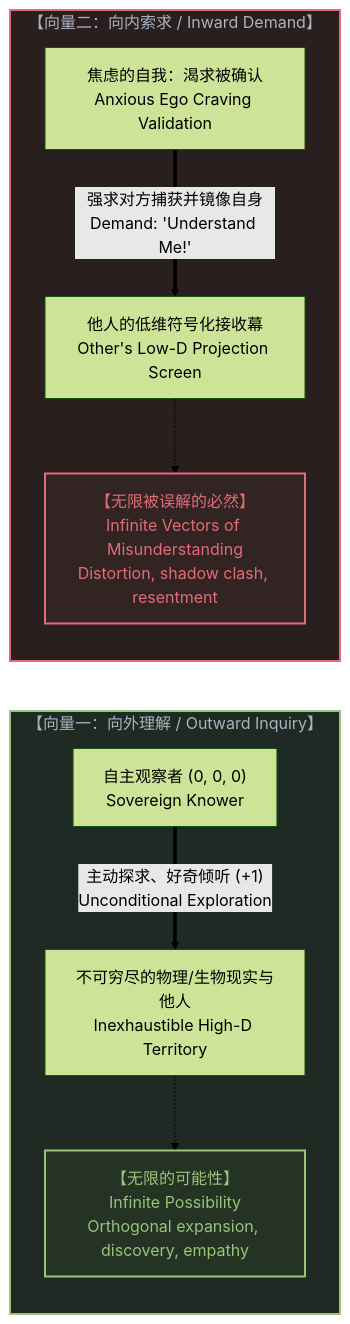
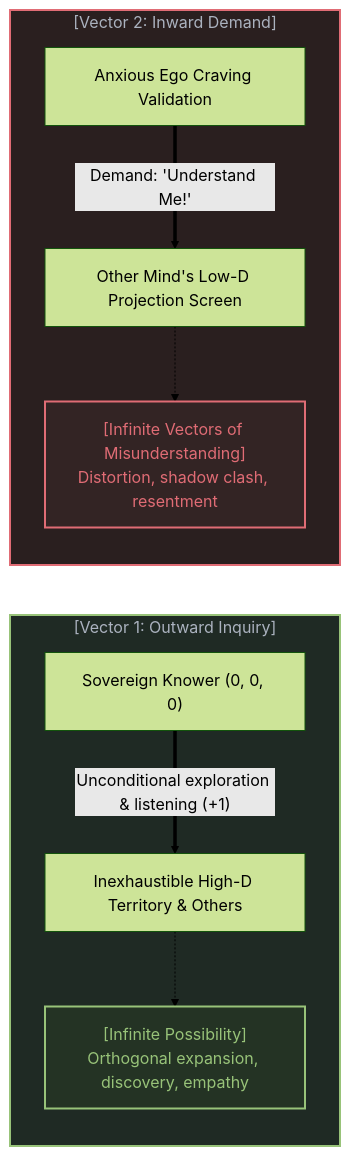
The second of 8 diagrams in content/posts/the-asymmetry-of-understanding.md (powerpig99/not-a-toe), drawn with Mermaid (forest theme) before and after one commit. The commit also changed other lines of this file and 7 other files, not shown here.

````diff
--- a/content/posts/the-asymmetry-of-understanding.md
+++ b/content/posts/the-asymmetry-of-understanding.md
@@ -16,23 +51,23 @@
 ```mermaid
 graph LR
-    subgraph OutwardVector["【向量一：向外理解 / Outward Inquiry】"]
-        SelfActive["自主观察者 (0, 0, 0)<br>Sovereign Knower"]
-        World["不可穷尽的物理/生物现实与他人<br>Inexhaustible High-D Territory"]
-        SelfActive ==>|"主动探求、好奇倾听 (+1)<br>Unconditional Exploration"| World
-        ResultA["【无限的可能性】<br>Infinite Possibility<br>Orthogonal expansion, discovery, empathy"]
+    subgraph OutwardVector["[Vector 1: Outward Inquiry]"]
+        SelfActive["Sovereign Knower (0, 0, 0)"]
+        World["Inexhaustible High-D Territory & Others"]
+        SelfActive ==>|"Unconditional exploration & listening (+1)"| World
+        ResultA["[Infinite Possibility]<br>Orthogonal expansion, discovery, empathy"]
         World -.-> ResultA
     end
 
-    subgraph InwardVector["【向量二：向内索求 / Inward Demand】"]
-        SelfPassive["焦虑的自我：渴求被确认<br>Anxious Ego Craving Validation"]
-        OtherScreen["他人的低维符号化接收幕<br>Other's Low-D Projection Screen"]
-        SelfPassive ==>|"强求对方捕获并镜像自身<br>Demand: 'Understand Me!' "| OtherScreen
-        ResultB["【无限被误解的必然】<br>Infinite Vectors of Misunderstanding<br>Distortion, shadow clash, resentment"]
+    subgraph InwardVector["[Vector 2: Inward Demand]"]
+        SelfPassive["Anxious Ego Craving Validation"]
+        OtherScreen["Other Mind's Low-D Projection Screen"]
+        SelfPassive ==>|"Demand: 'Understand Me!'"| OtherScreen
+        ResultB["[Infinite Vectors of Misunderstanding]<br>Distortion, shadow clash, resentment"]
         OtherScreen -.-> ResultB
     end
 
     style OutwardVector fill:#1f2a24,stroke:#98c379,stroke-width:2px,color:#abb2bf
     style InwardVector fill:#2a1f1f,stroke:#e06c75,stroke-width:2px,color:#abb2bf
     style ResultA fill:#243324,stroke:#98c379,stroke-width:2px,color:#98c379
     style ResultB fill:#332424,stroke:#e06c75,stroke-width:2px,color:#e06c75
 ```
````
